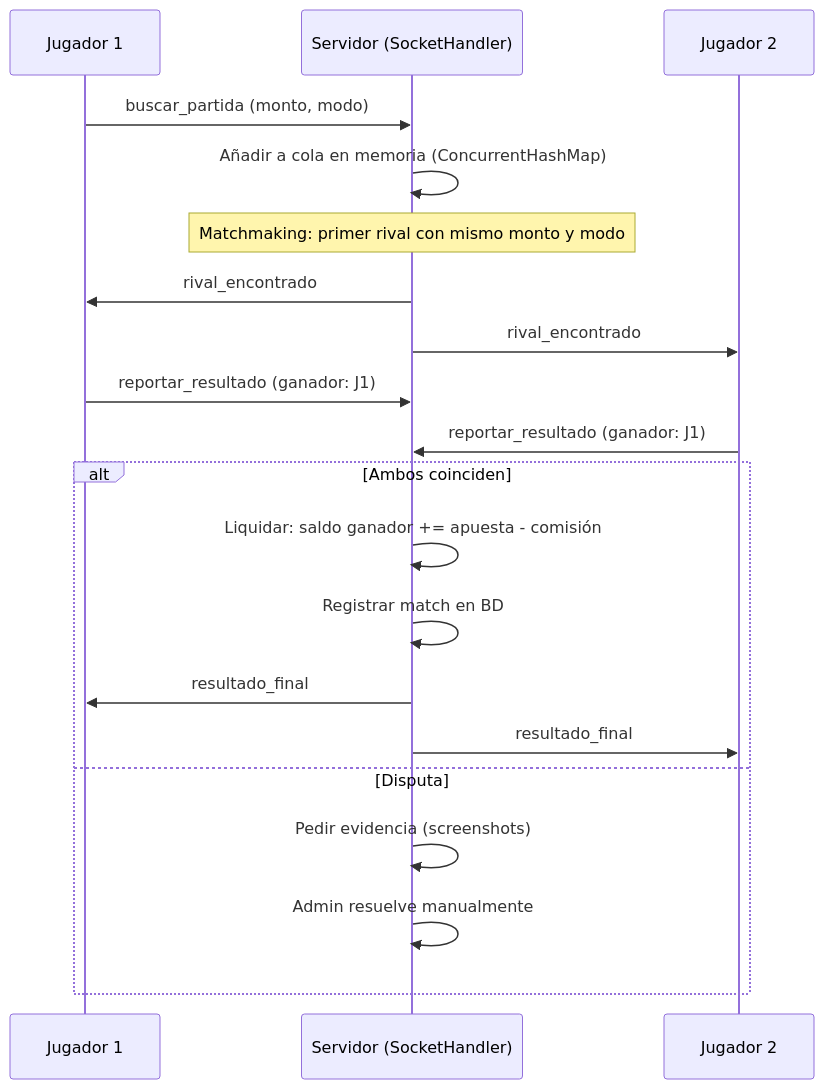
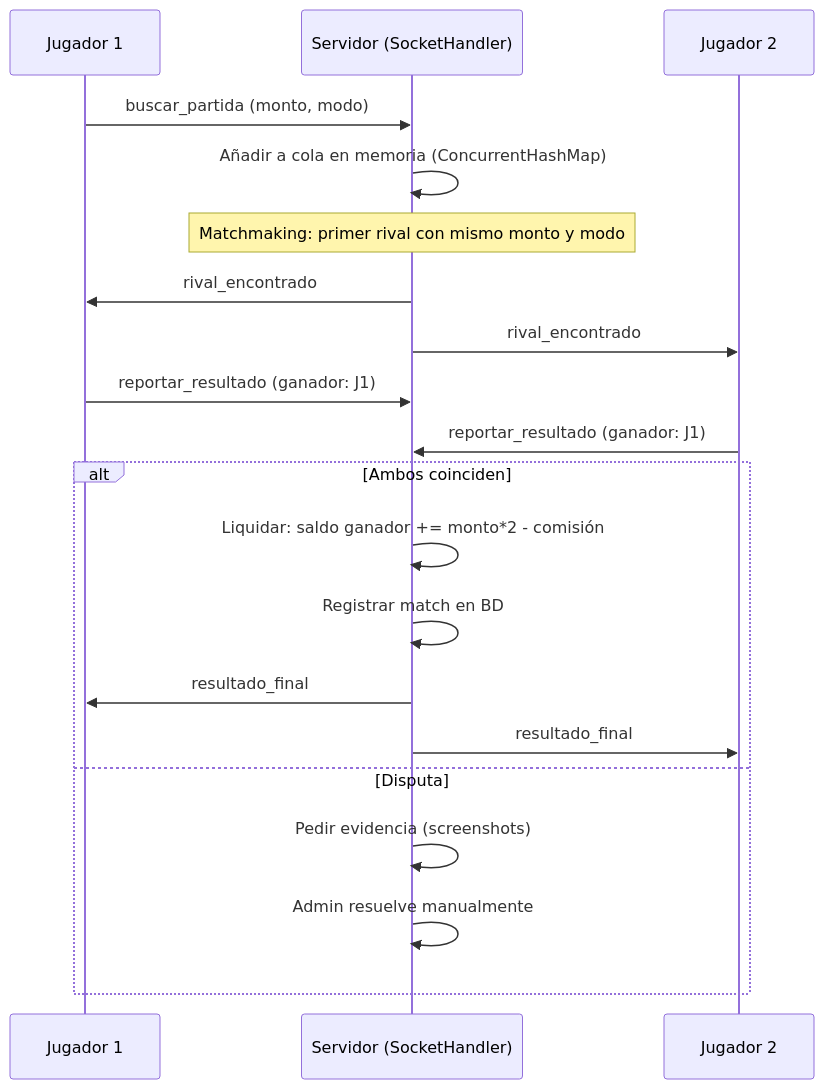
Before and after one commit to jddmjamd-bit/pahinita: the diagram in ARCHITECTURE.md, drawn with Mermaid. The commit also changed other lines of this file and 18 other files, not shown here.

Commit message:
refactor: F5 renombrar apuesta/apostar a monto/realizar torneo en backend, BD y frontend

````diff
--- a/ARCHITECTURE.md
+++ b/ARCHITECTURE.md
@@ -104,26 +102,26 @@
 ```mermaid
 sequenceDiagram
     participant J1 as Jugador 1
     participant S as Servidor (SocketHandler)
     participant J2 as Jugador 2
 
     J1->>S: buscar_partida (monto, modo)
     S->>S: Añadir a cola en memoria (ConcurrentHashMap)
     Note over S: Matchmaking: primer rival con mismo monto y modo
 
     S->>J1: rival_encontrado
     S->>J2: rival_encontrado
 
     J1->>S: reportar_resultado (ganador: J1)
     J2->>S: reportar_resultado (ganador: J1)
 
     alt Ambos coinciden
-        S->>S: Liquidar: saldo ganador += apuesta - comisión
+        S->>S: Liquidar: saldo ganador += monto*2 - comisión
         S->>S: Registrar match en BD
         S->>J1: resultado_final
         S->>J2: resultado_final
     else Disputa
         S->>S: Pedir evidencia (screenshots)
         S->>S: Admin resuelve manualmente
     end
 ```
````
